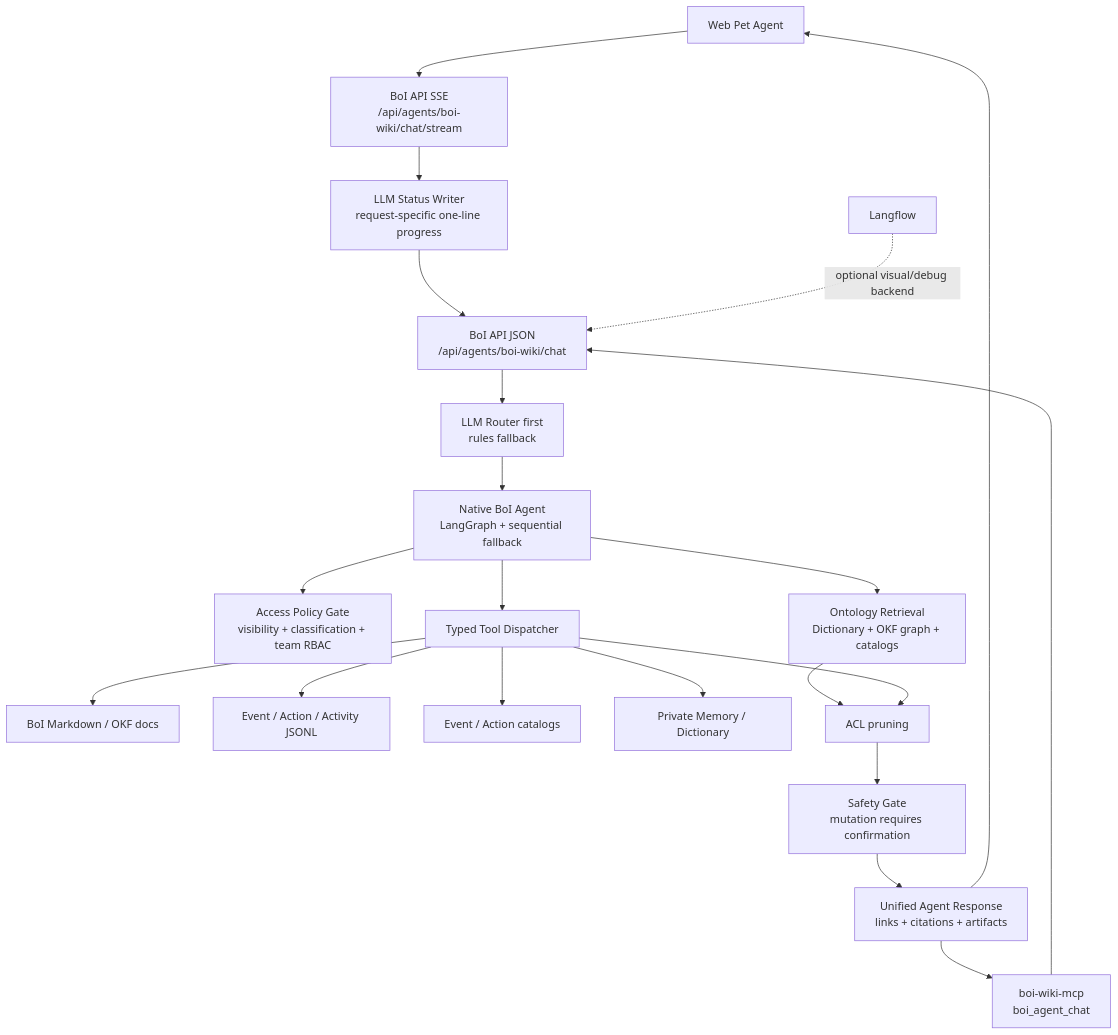
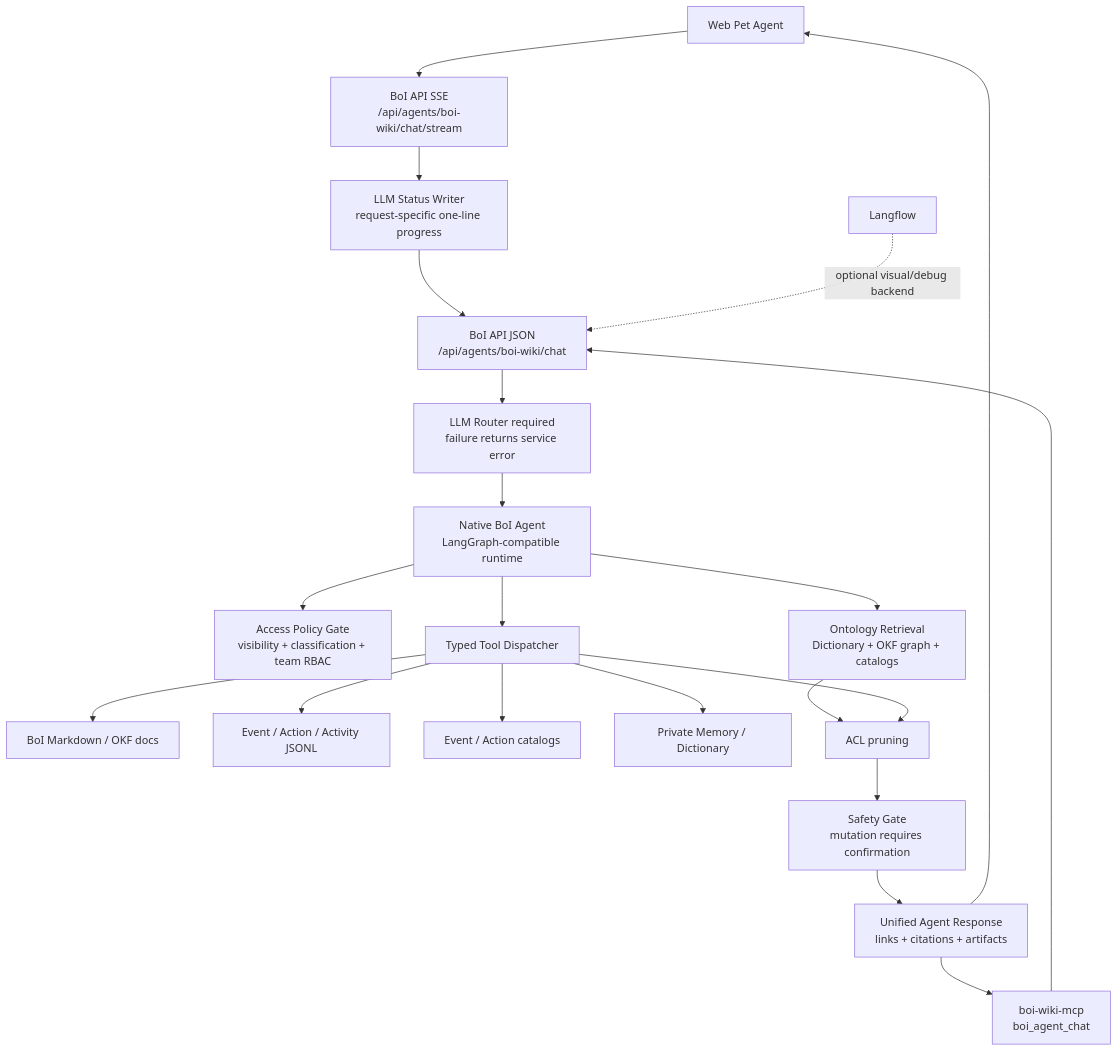
One commit to chokukil/boi-wiki changed the first of 2 diagrams in data/boi/public/boi-wiki-manual/agent/native-boi-agent-architecture.md. Above: the diagram before and after it, drawn with Mermaid. The commit also changed other lines of this file and 5 other files, not shown here.

Commit message:
Require LLM router for BoI Agent

````diff
--- a/data/boi/public/boi-wiki-manual/agent/native-boi-agent-architecture.md
+++ b/data/boi/public/boi-wiki-manual/agent/native-boi-agent-architecture.md
@@ -36,23 +36,23 @@
 ```mermaid
 flowchart TD
   UI["Web Pet Agent"] --> STREAM["BoI API SSE<br/>/api/agents/boi-wiki/chat/stream"]
   MCP["boi-wiki-mcp<br/>boi_agent_chat"] --> API
   STREAM --> STATUS["LLM Status Writer<br/>request-specific one-line progress"]
   STATUS --> API["BoI API JSON<br/>/api/agents/boi-wiki/chat"]
-  API --> ROUTER["LLM Router first<br/>rules fallback"]
-  ROUTER --> AGENT["Native BoI Agent<br/>LangGraph + sequential fallback"]
+  API --> ROUTER["LLM Router required<br/>failure returns service error"]
+  ROUTER --> AGENT["Native BoI Agent<br/>LangGraph-compatible runtime"]
   AGENT --> ACL["Access Policy Gate<br/>visibility + classification + team RBAC"]
   AGENT --> RET["Ontology Retrieval<br/>Dictionary + OKF graph + catalogs"]
   AGENT --> TOOLS["Typed Tool Dispatcher"]
   TOOLS --> DOCS["BoI Markdown / OKF docs"]
   TOOLS --> LOGS["Event / Action / Activity JSONL"]
   TOOLS --> CAT["Event / Action catalogs"]
   TOOLS --> MEM["Private Memory / Dictionary"]
   RET --> ACL2["ACL pruning"]
   TOOLS --> ACL2
   ACL2 --> SAFE["Safety Gate<br/>mutation requires confirmation"]
   SAFE --> OUT["Unified Agent Response<br/>links + citations + artifacts"]
   OUT --> UI
   OUT --> MCP
   LF["Langflow"] -. "optional visual/debug backend" .-> API
 ```
````
